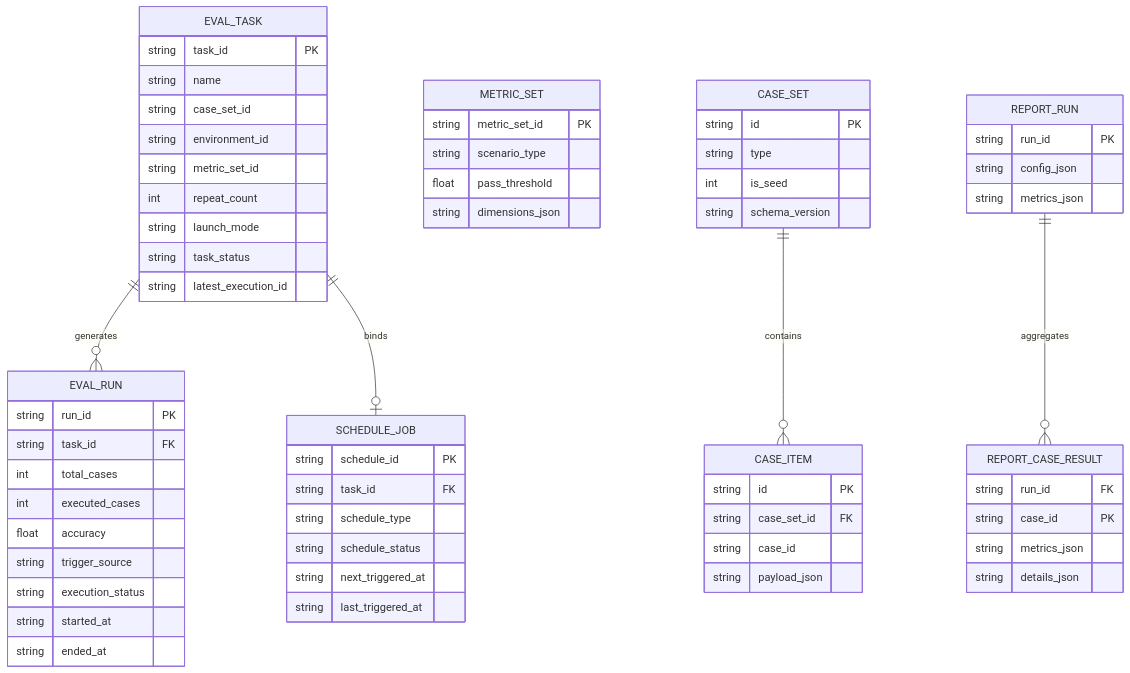
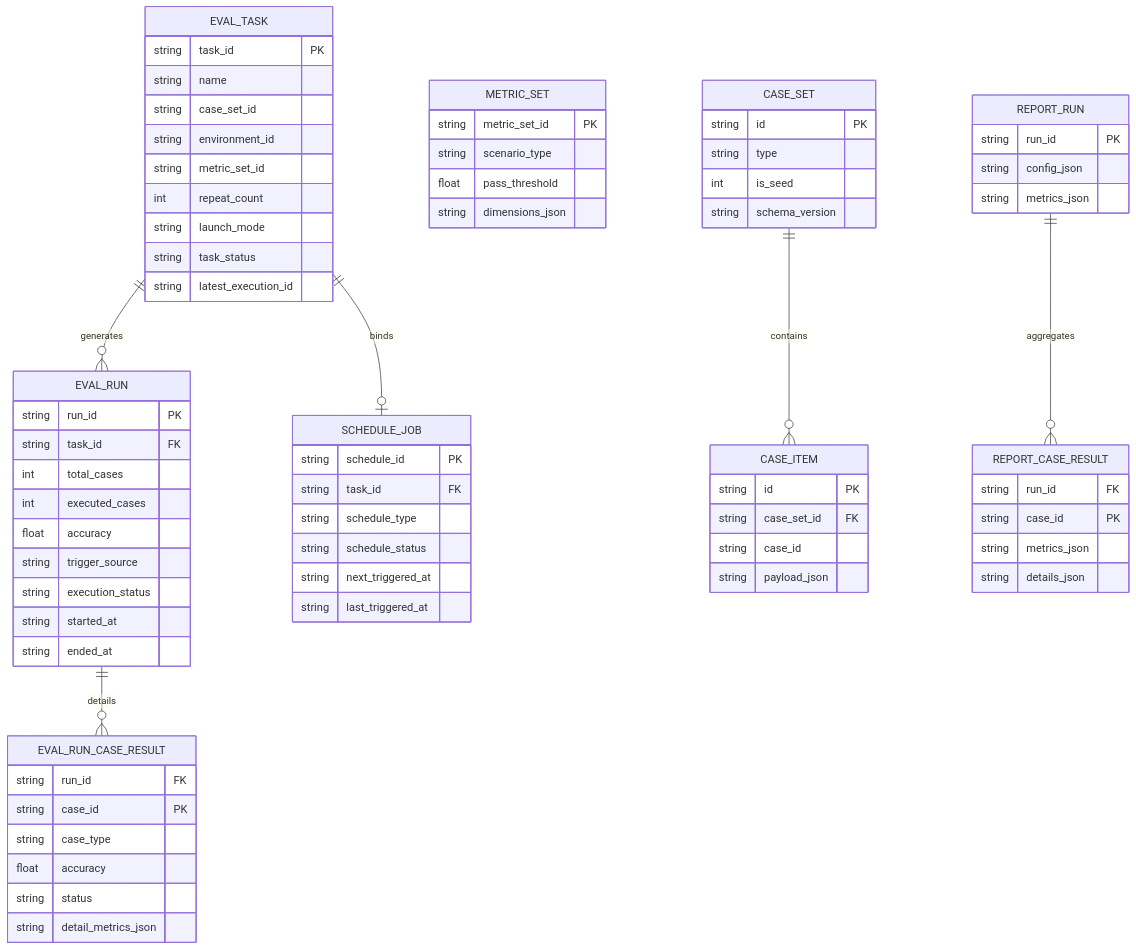
Before and after one commit to shel447/ChatBIBenchmark: the first of 3 diagrams in docs/architecture/08-storage-and-deployment.md, drawn with Mermaid. The commit also changed other lines of this file and 17 other files, not shown here.

````diff
--- a/docs/architecture/08-storage-and-deployment.md
+++ b/docs/architecture/08-storage-and-deployment.md
@@ -36,67 +37,76 @@
 ```mermaid
 erDiagram
     EVAL_TASK {
         string task_id PK
         string name
         string case_set_id
         string environment_id
         string metric_set_id
         int repeat_count
         string launch_mode
         string task_status
         string latest_execution_id
     }
     EVAL_RUN {
         string run_id PK
         string task_id FK
         int total_cases
         int executed_cases
         float accuracy
         string trigger_source
         string execution_status
         string started_at
         string ended_at
+    }
+    EVAL_RUN_CASE_RESULT {
+        string run_id FK
+        string case_id PK
+        string case_type
+        float accuracy
+        string status
+        string detail_metrics_json
     }
     SCHEDULE_JOB {
         string schedule_id PK
         string task_id FK
         string schedule_type
         string schedule_status
         string next_triggered_at
         string last_triggered_at
     }
     METRIC_SET {
         string metric_set_id PK
         string scenario_type
         float pass_threshold
         string dimensions_json
     }
     CASE_SET {
         string id PK
         string type
         int is_seed
         string schema_version
     }
     CASE_ITEM {
         string id PK
         string case_set_id FK
         string case_id
         string payload_json
     }
     REPORT_RUN {
         string run_id PK
         string config_json
         string metrics_json
     }
     REPORT_CASE_RESULT {
         string run_id FK
         string case_id PK
         string metrics_json
         string details_json
     }
 
     EVAL_TASK ||--o{ EVAL_RUN : generates
+    EVAL_RUN ||--o{ EVAL_RUN_CASE_RESULT : details
     EVAL_TASK ||--o| SCHEDULE_JOB : binds
     CASE_SET ||--o{ CASE_ITEM : contains
     REPORT_RUN ||--o{ REPORT_CASE_RESULT : aggregates
 ```
````
